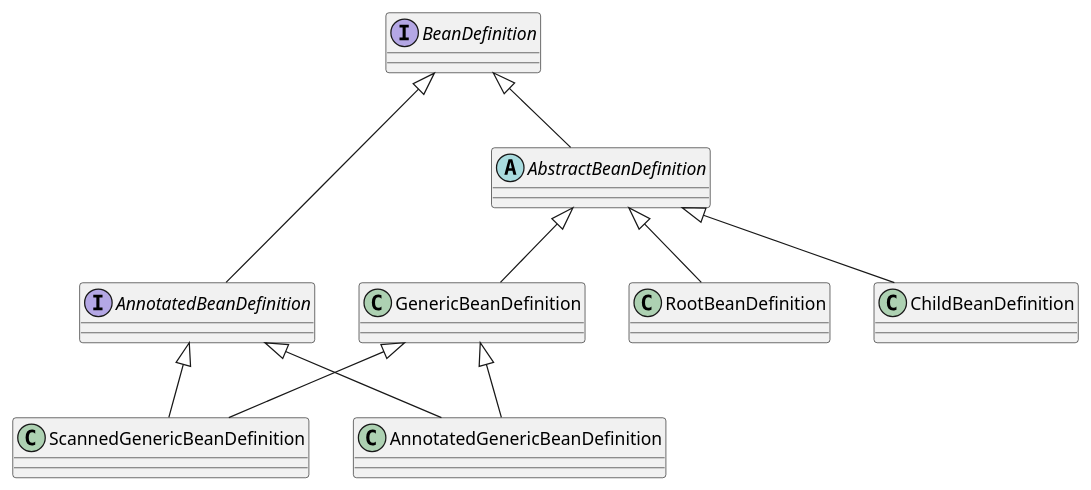
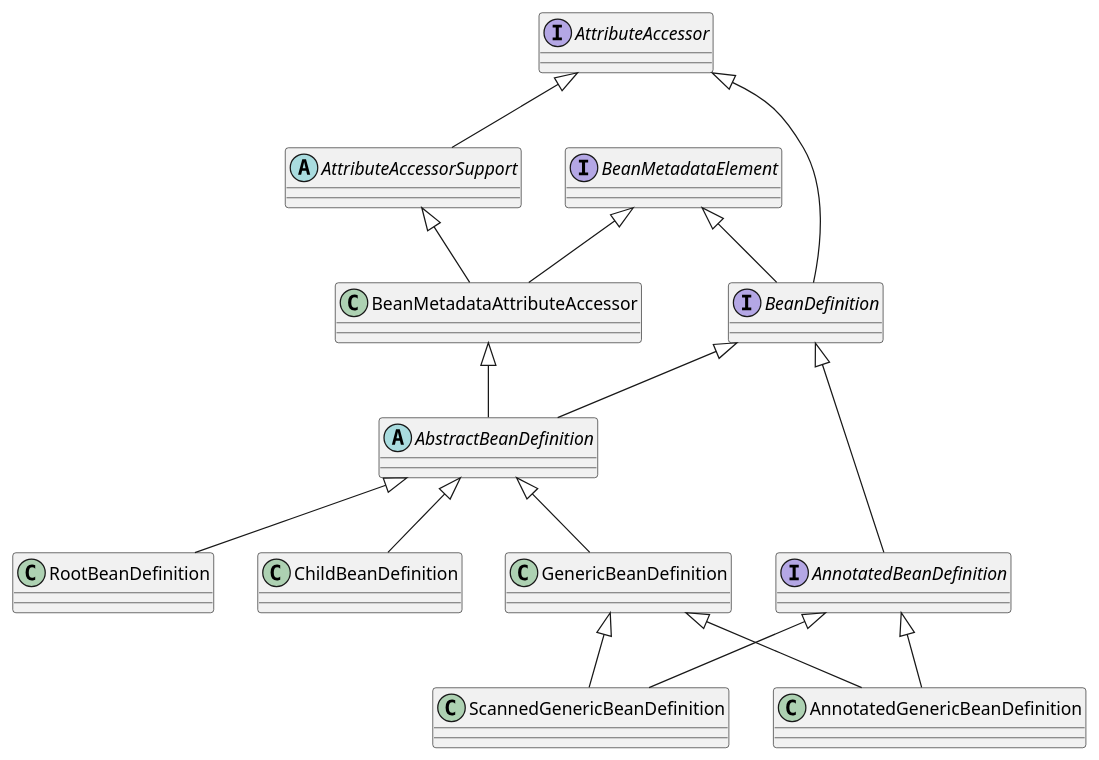
Before and after one commit to MoonChaserChen/Re0-Spring: the diagram in docs/4、spring-beans/2. BeanDefinition.md, drawn with PlantUML. The commit also changed other lines of this file and 7 other files, not shown here.

````diff
--- a/docs/4、spring-beans/2. BeanDefinition.md
+++ b/docs/4、spring-beans/2. BeanDefinition.md
@@ -29,20 +28,30 @@
 ```plantuml
+interface AttributeAccessor
+interface BeanMetadataElement
 interface BeanDefinition
 interface AnnotatedBeanDefinition
 class ScannedGenericBeanDefinition
 class AnnotatedGenericBeanDefinition
 abstract AbstractBeanDefinition
+abstract AttributeAccessorSupport
+class BeanMetadataAttributeAccessor
 class RootBeanDefinition
 class ChildBeanDefinition
 class GenericBeanDefinition
 
+AttributeAccessor <|-- BeanDefinition
+AttributeAccessor <|-- AttributeAccessorSupport
+AttributeAccessorSupport <|-- BeanMetadataAttributeAccessor
+BeanMetadataElement <|-- BeanMetadataAttributeAccessor
+BeanMetadataAttributeAccessor <|-- AbstractBeanDefinition
+BeanMetadataElement <|-- BeanDefinition
 BeanDefinition <|-- AnnotatedBeanDefinition
 BeanDefinition <|-- AbstractBeanDefinition
 AnnotatedBeanDefinition <|-- ScannedGenericBeanDefinition
 AnnotatedBeanDefinition <|-- AnnotatedGenericBeanDefinition
 AbstractBeanDefinition <|-- RootBeanDefinition
 AbstractBeanDefinition <|-- ChildBeanDefinition
 AbstractBeanDefinition <|-- GenericBeanDefinition
 GenericBeanDefinition <|-- ScannedGenericBeanDefinition
 GenericBeanDefinition <|-- AnnotatedGenericBeanDefinition
 ```
````
